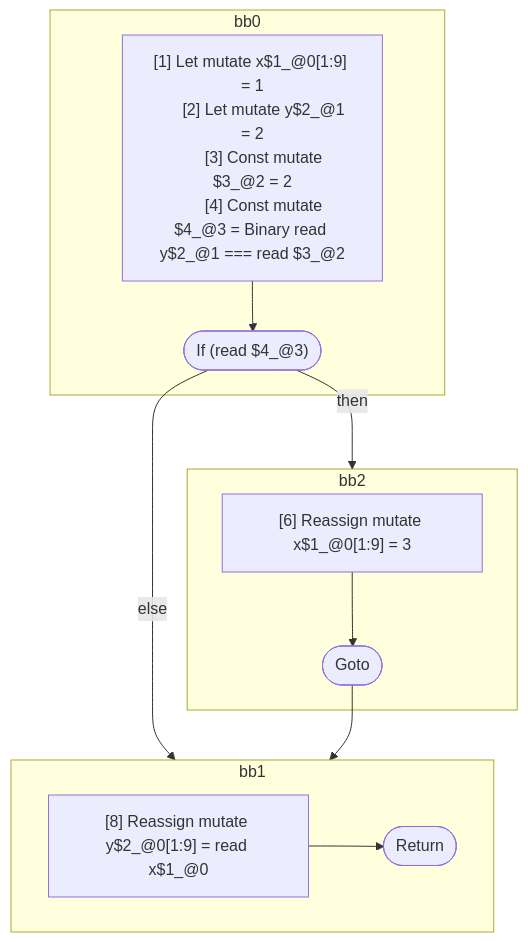
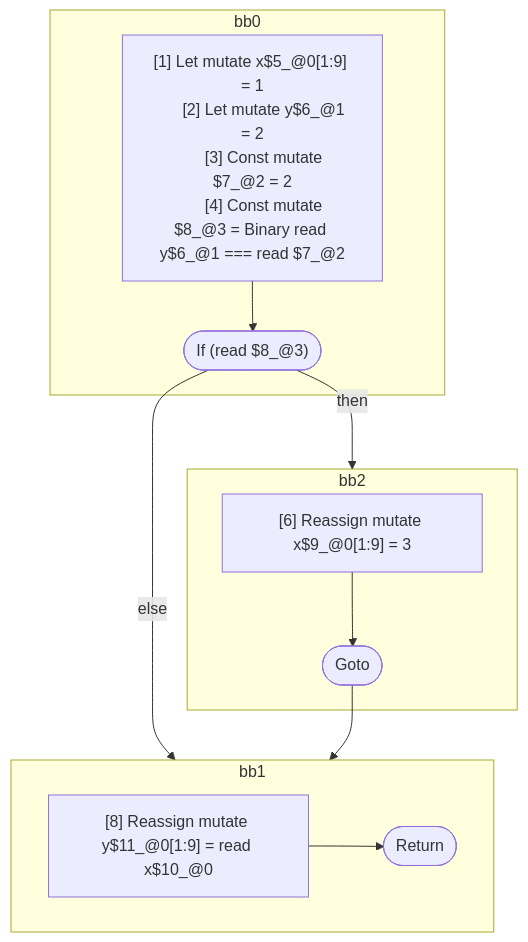
One commit to wutsmog/private changed the diagram in compiler/forget/src/__tests__/fixtures/hir/ssa-complex-single-if.expect.md. Above: the diagram before and after it, drawn with Mermaid. The commit also changed other lines of this file and 59 other files, not shown here.

````diff
--- a/compiler/forget/src/__tests__/fixtures/hir/ssa-complex-single-if.expect.md
+++ b/compiler/forget/src/__tests__/fixtures/hir/ssa-complex-single-if.expect.md
@@ -38,31 +39,31 @@
 ```mermaid
 flowchart TB
   %% Basic Blocks
   subgraph bb0
     bb0_instrs["
-      [1] Let mutate x$1_@0[1:9] = 1
-      [2] Let mutate y$2_@1 = 2
-      [3] Const mutate $3_@2 = 2
-      [4] Const mutate $4_@3 = Binary read y$2_@1 === read $3_@2
+      [1] Let mutate x$5_@0[1:9] = 1
+      [2] Let mutate y$6_@1 = 2
+      [3] Const mutate $7_@2 = 2
+      [4] Const mutate $8_@3 = Binary read y$6_@1 === read $7_@2
     "]
-    bb0_instrs --> bb0_terminal(["If (read $4_@3)"])
+    bb0_instrs --> bb0_terminal(["If (read $8_@3)"])
   end
   subgraph bb2
     bb2_instrs["
-      [6] Reassign mutate x$1_@0[1:9] = 3
+      [6] Reassign mutate x$9_@0[1:9] = 3
     "]
     bb2_instrs --> bb2_terminal(["Goto"])
   end
   subgraph bb1
     bb1_instrs["
-      [8] Reassign mutate y$2_@0[1:9] = read x$1_@0
+      [8] Reassign mutate y$11_@0[1:9] = read x$10_@0
     "]
     bb1_instrs --> bb1_terminal(["Return"])
   end
 
   %% Jumps
   bb0_terminal -- "then" --> bb2
   bb0_terminal -- "else" --> bb1
   bb2_terminal --> bb1
 
 ```
````
